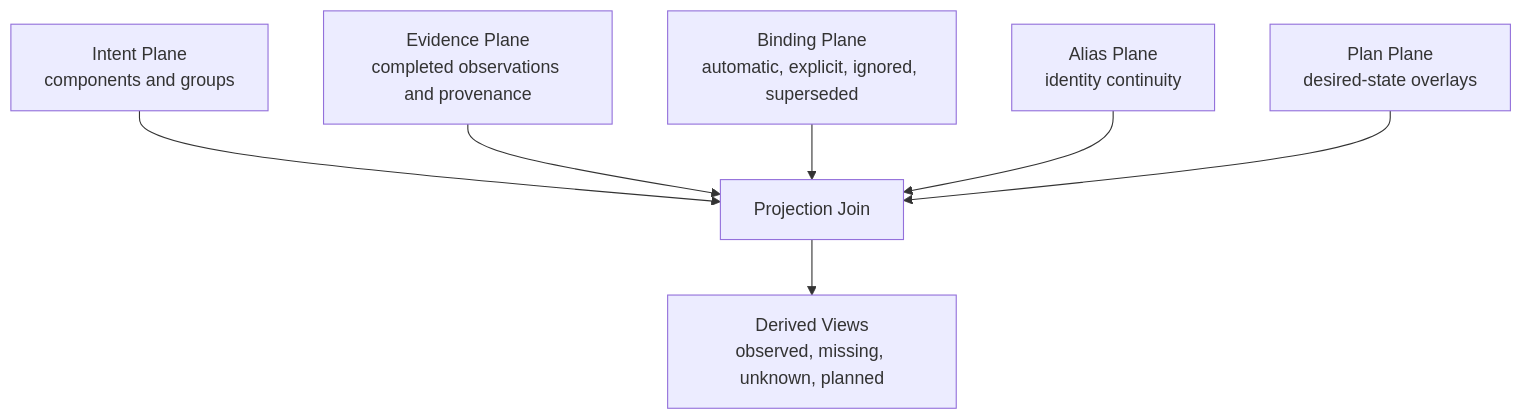
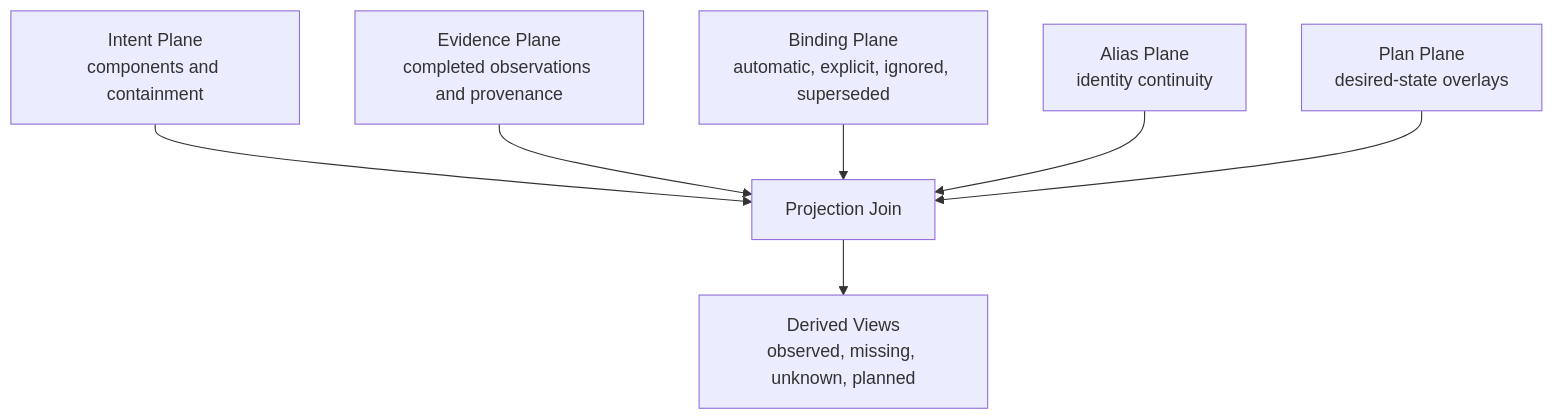
Before and after one commit to MrLesk/Groma.md: the third of 3 diagrams in ARCHITECTURE.md, drawn with Mermaid. The commit also changed other lines of this file and 10 other files, not shown here.

````diff
--- a/ARCHITECTURE.md
+++ b/ARCHITECTURE.md
@@ -1005,15 +1104,15 @@
 ```mermaid
 flowchart TB
-    Intent["Intent Plane\ncomponents and groups"]
+    Intent["Intent Plane\ncomponents and containment"]
     Evidence["Evidence Plane\ncompleted observations and provenance"]
     Bindings["Binding Plane\nautomatic, explicit, ignored, superseded"]
     Aliases["Alias Plane\nidentity continuity"]
     Plans["Plan Plane\ndesired-state overlays"]
 
     Intent --> Join["Projection Join"]
     Evidence --> Join
     Bindings --> Join
     Aliases --> Join
     Plans --> Join
     Join --> Derived["Derived Views\nobserved, missing, unknown, planned"]
 ```
````
